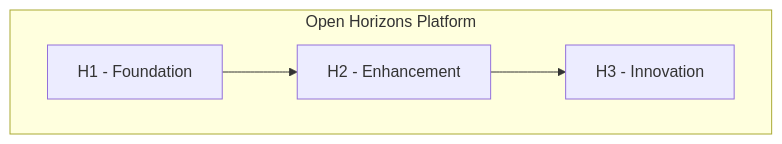
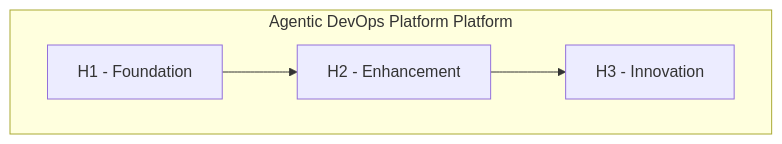
The diagram in .github/chatmodes/architect.chatmode.md (Ohorizons/agentic-devops-platform), drawn with Mermaid before and after one commit. The commit also changed other lines of this file and 228 other files, not shown here.

````diff
--- a/.github/chatmodes/architect.chatmode.md
+++ b/.github/chatmodes/architect.chatmode.md
@@ -55,10 +55,10 @@
 ```mermaid
 graph TB
-    subgraph "Open Horizons Platform"
+    subgraph "Agentic DevOps Platform Platform"
         H1[H1 - Foundation]
         H2[H2 - Enhancement]
         H3[H3 - Innovation]
     end
     H1 --> H2
     H2 --> H3
 ```
````
